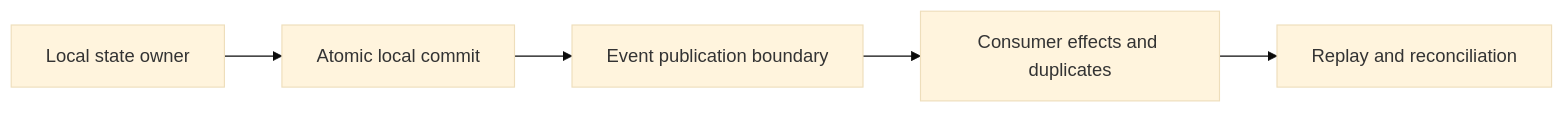
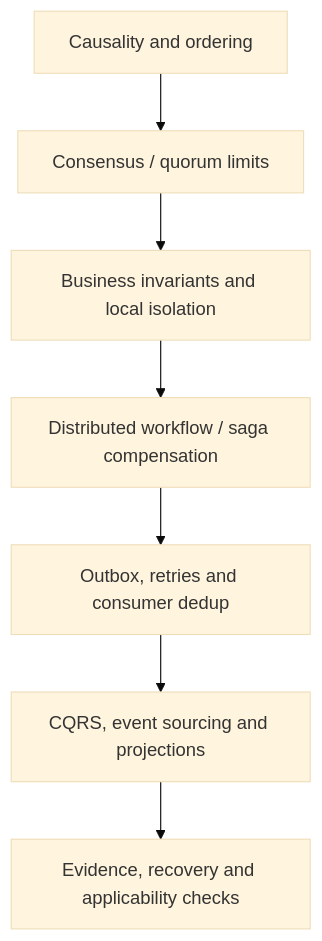
One commit to rouslanbaranov/tycho changed the diagram in book/distributed/README.md. Above: the diagram before and after it, drawn with Mermaid (base theme). The commit also changed other lines of this file, not shown here.

Commit message:
docs(TYCHO-80): navigate four canonical distributed-systems research pages

````diff
--- a/book/distributed/README.md
+++ b/book/distributed/README.md
@@ -11,7 +11,9 @@
 ```mermaid
-flowchart LR
-    State["Local state owner"] --> Commit["Atomic local commit"]
-    Commit --> Relay["Event publication boundary"]
-    Relay --> Consumer["Consumer effects and duplicates"]
-    Consumer --> Recovery["Replay and reconciliation"]
+flowchart TD
+    Causality["Causality and ordering"] --> Consensus["Consensus / quorum limits"]
+    Consensus --> Invariants["Business invariants and local isolation"]
+    Invariants --> Sagas["Distributed workflow / saga compensation"]
+    Sagas --> Outbox["Outbox, retries and consumer dedup"]
+    Outbox --> CQRS["CQRS, event sourcing and projections"]
+    CQRS --> Decisions["Evidence, recovery and applicability checks"]
 ```
````
